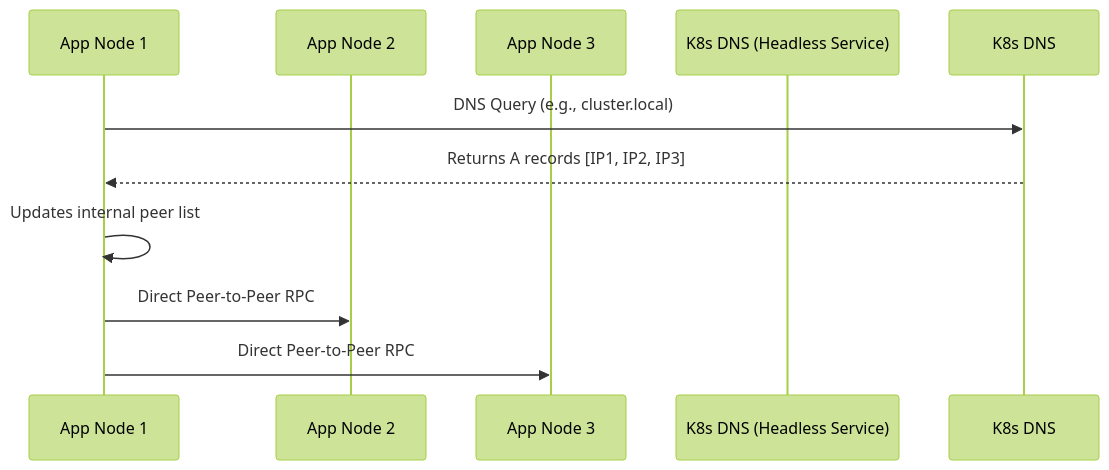
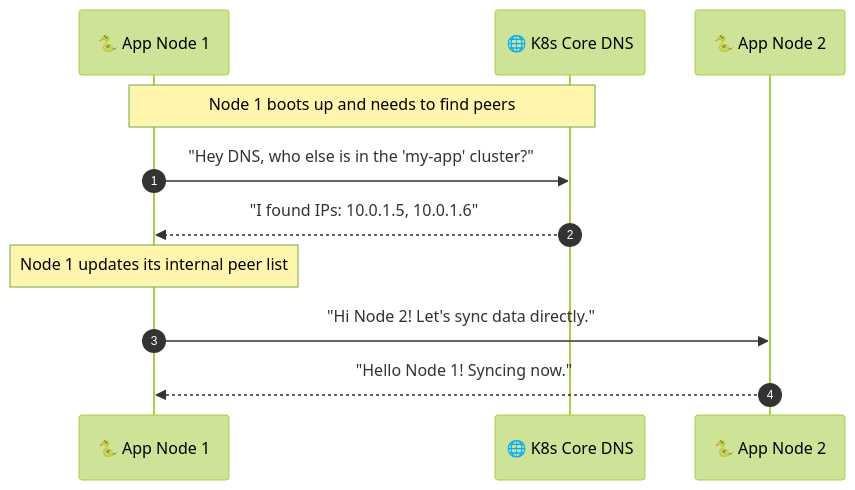
One commit to Sat-14/K8s-Peer-Discovery changed the diagram in README.md. Above: the diagram before and after it, drawn with Mermaid (forest theme). The commit also changed other lines of this file, not shown here.

Commit message:
Rewrite README to be more human-readable with beautiful diagrams

````diff
--- a/README.md
+++ b/README.md
@@ -13,13 +15,18 @@
 ```mermaid
 sequenceDiagram
-    participant App Node 1
-    participant App Node 2
-    participant App Node 3
-    participant K8s DNS (Headless Service)
+    %% Friendly styling
+    autonumber
     
-    App Node 1->>K8s DNS: DNS Query (e.g., cluster.local)
-    K8s DNS-->>App Node 1: Returns A records [IP1, IP2, IP3]
-    App Node 1->>App Node 1: Updates internal peer list
-    App Node 1->>App Node 2: Direct Peer-to-Peer RPC
-    App Node 1->>App Node 3: Direct Peer-to-Peer RPC
+    participant Node1 as 🐍 App Node 1
+    participant DNS as 🌐 K8s Core DNS
+    participant Node2 as 🐍 App Node 2
+    
+    Note over Node1,DNS: Node 1 boots up and needs to find peers
+    Node1->>DNS: "Hey DNS, who else is in the 'my-app' cluster?"
+    DNS-->>Node1: "I found IPs: 10.0.1.5, 10.0.1.6"
+    
+    Note over Node1: Node 1 updates its internal peer list
+    
+    Node1->>Node2: "Hi Node 2! Let's sync data directly."
+    Node2-->>Node1: "Hello Node 1! Syncing now."
 ```
````
